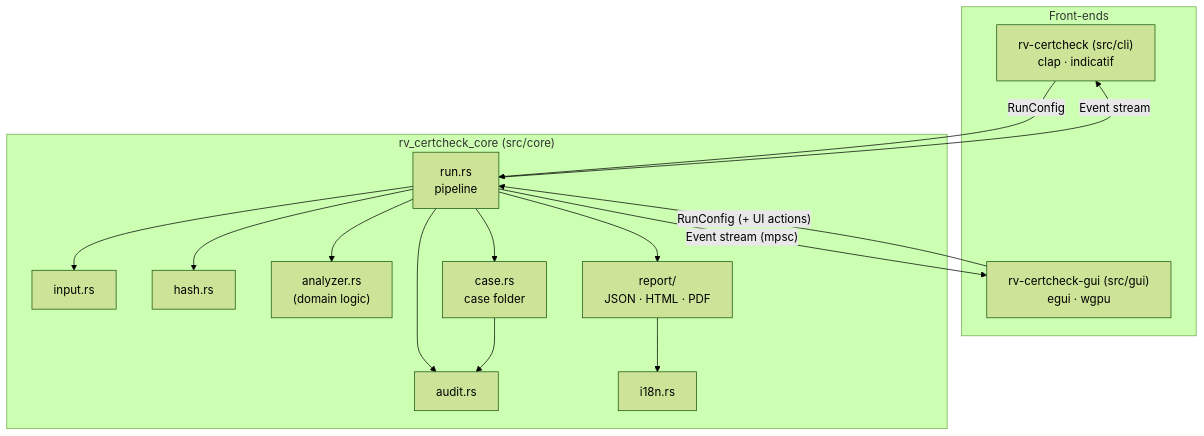
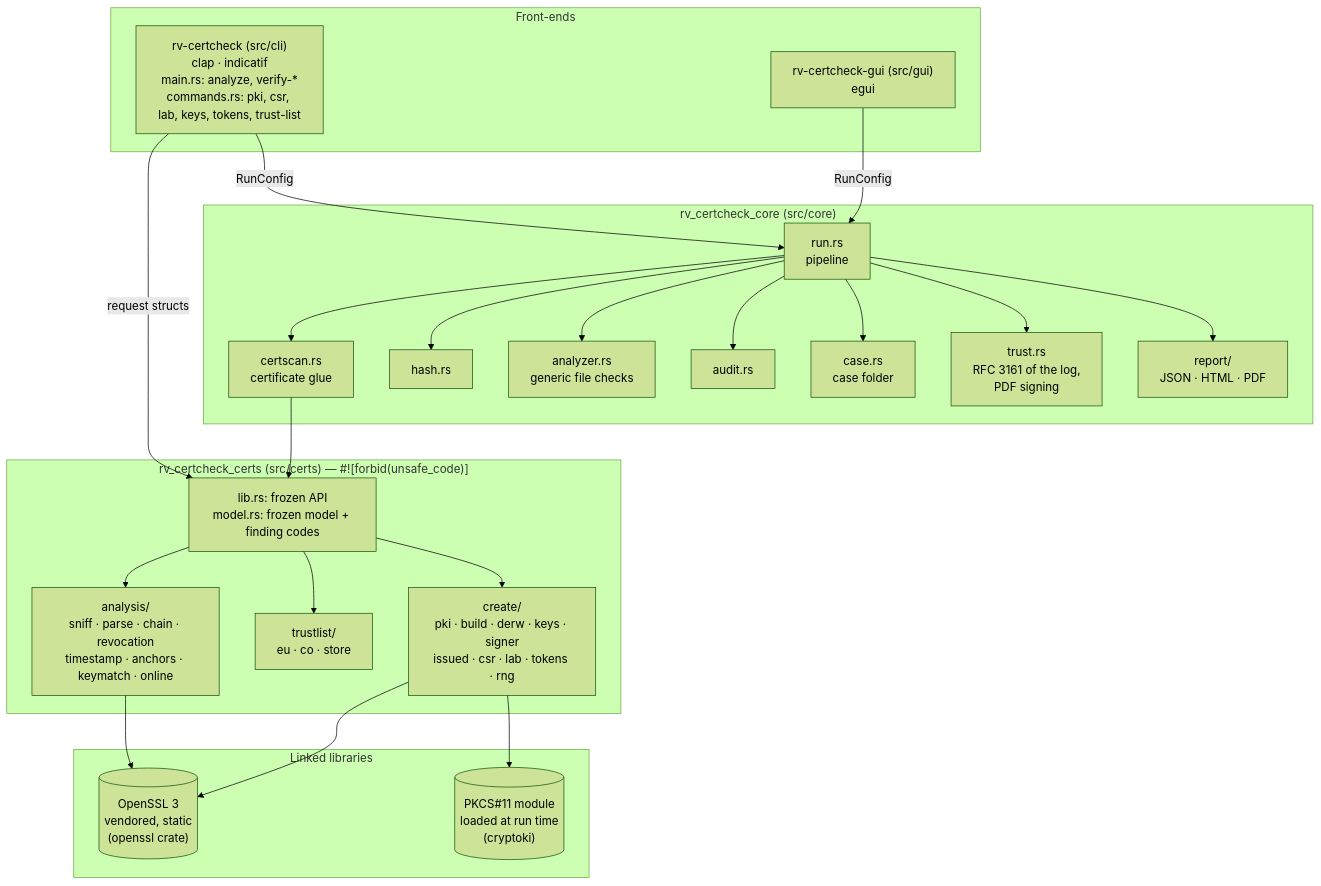
One commit to Panacota96/rv-certcheck changed the first of 4 diagrams in docs/architecture.md. Above: the diagram before and after it, drawn with Mermaid (forest theme). The commit also changed other lines of this file and 1 other file, not shown here.

First line of the commit message:
docs: findings catalogue with severities and limits; architecture with OpenSSL boundary

````diff
--- a/docs/architecture.md
+++ b/docs/architecture.md
@@ -7,24 +10,36 @@
 ```mermaid
 flowchart TB
     subgraph Front-ends
-        CLI["rv-certcheck (src/cli)<br/>clap · indicatif"]
-        GUI["rv-certcheck-gui (src/gui)<br/>egui · wgpu"]
+        CLI["rv-certcheck (src/cli)<br/>clap · indicatif<br/>main.rs: analyze, verify-*<br/>commands.rs: pki, csr, lab, keys, tokens, trust-list"]
+        GUI["rv-certcheck-gui (src/gui)<br/>egui"]
     end
     subgraph Core["rv_certcheck_core (src/core)"]
         RUN["run.rs<br/>pipeline"]
-        IN["input.rs"]
+        CS["certscan.rs<br/>certificate glue"]
         H["hash.rs"]
-        AN["analyzer.rs<br/>(domain logic)"]
+        AN["analyzer.rs<br/>generic file checks"]
         AU["audit.rs"]
         CA["case.rs<br/>case folder"]
+        TR["trust.rs<br/>RFC 3161 of the log,<br/>PDF signing"]
         REP["report/<br/>JSON · HTML · PDF"]
-        I18N["i18n.rs"]
+    end
+    subgraph Certs["rv_certcheck_certs (src/certs) — #![forbid(unsafe_code)]"]
+        API["lib.rs: frozen API<br/>model.rs: frozen model + finding codes"]
+        ANA["analysis/<br/>sniff · parse · chain · revocation<br/>timestamp · anchors · keymatch · online"]
+        TLS["trustlist/<br/>eu · co · store"]
+        CRE["create/<br/>pki · build · derw · keys · signer<br/>issued · csr · lab · tokens · rng"]
+    end
+    subgraph Native["Linked libraries"]
+        OSSL[("OpenSSL 3<br/>vendored, static<br/>(openssl crate)")]
+        P11[("PKCS#11 module<br/>loaded at run time<br/>(cryptoki)")]
     end
     CLI -- RunConfig --> RUN
-    GUI -- "RunConfig (+ UI actions)" --> RUN
-    RUN -- "Event stream" --> CLI
-    RUN -- "Event stream (mpsc)" --> GUI
-    RUN --> IN & H & AN & AU & REP & CA
-    CA --> AU
-    REP --> I18N
+    GUI -- RunConfig --> RUN
+    CLI -- "request structs" --> API
+    RUN --> H & AN & AU & CA & REP & TR
+    RUN --> CS --> API
+    API --> ANA & TLS & CRE
+    ANA --> OSSL
+    CRE --> OSSL
+    CRE --> P11
 ```
````
